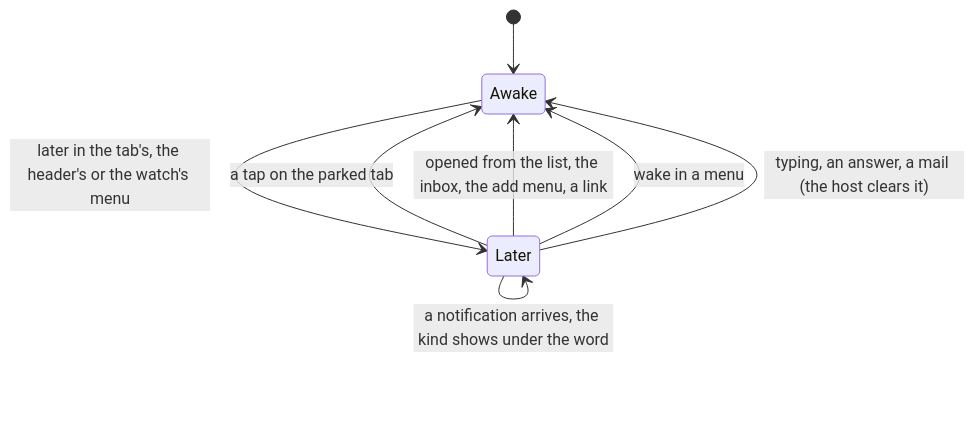
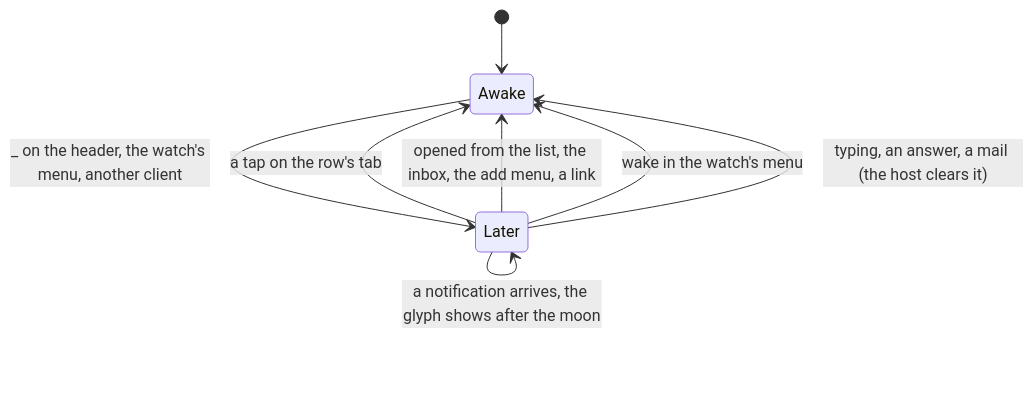
Before and after one commit to notmarkopadjen/muxway-android: the second of 3 diagrams in docs/features/notifications.md, drawn with Mermaid. The commit also changed other lines of this file and 16 other files, not shown here.

First line of the commit message:
App 0.25.0 (59): minimise is later, the row is the listing's parked panes, the menu's later goes

````diff
--- a/docs/features/notifications.md
+++ b/docs/features/notifications.md
@@ -109,10 +112,10 @@
 ```mermaid
 stateDiagram-v2
     [*] --> Awake
-    Awake --> Later: later in the tab's, the header's or the watch's menu
-    Later --> Awake: a tap on the parked tab
+    Awake --> Later: _ on the header, the watch's menu, another client
+    Later --> Awake: a tap on the row's tab
     Later --> Awake: opened from the list, the inbox, the add menu, a link
-    Later --> Awake: wake in a menu
+    Later --> Awake: wake in the watch's menu
     Later --> Awake: typing, an answer, a mail (the host clears it)
-    Later --> Later: a notification arrives, the kind shows under the word
+    Later --> Later: a notification arrives, the glyph shows after the moon
 ```
````
